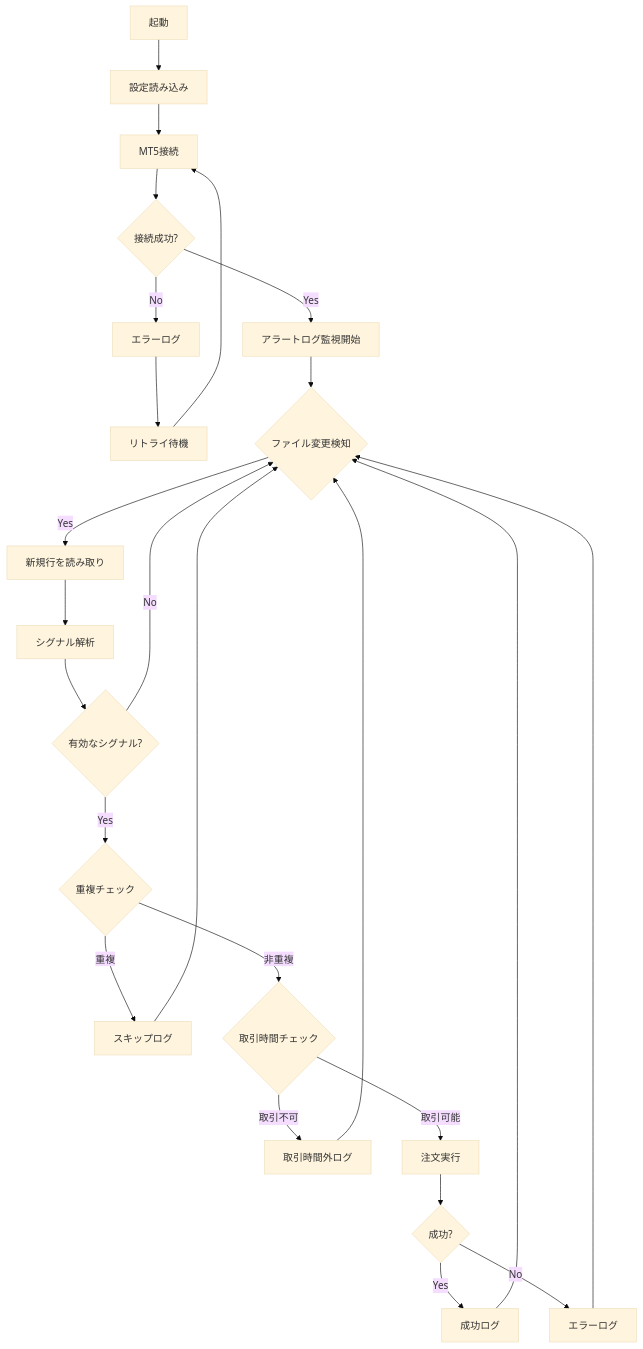
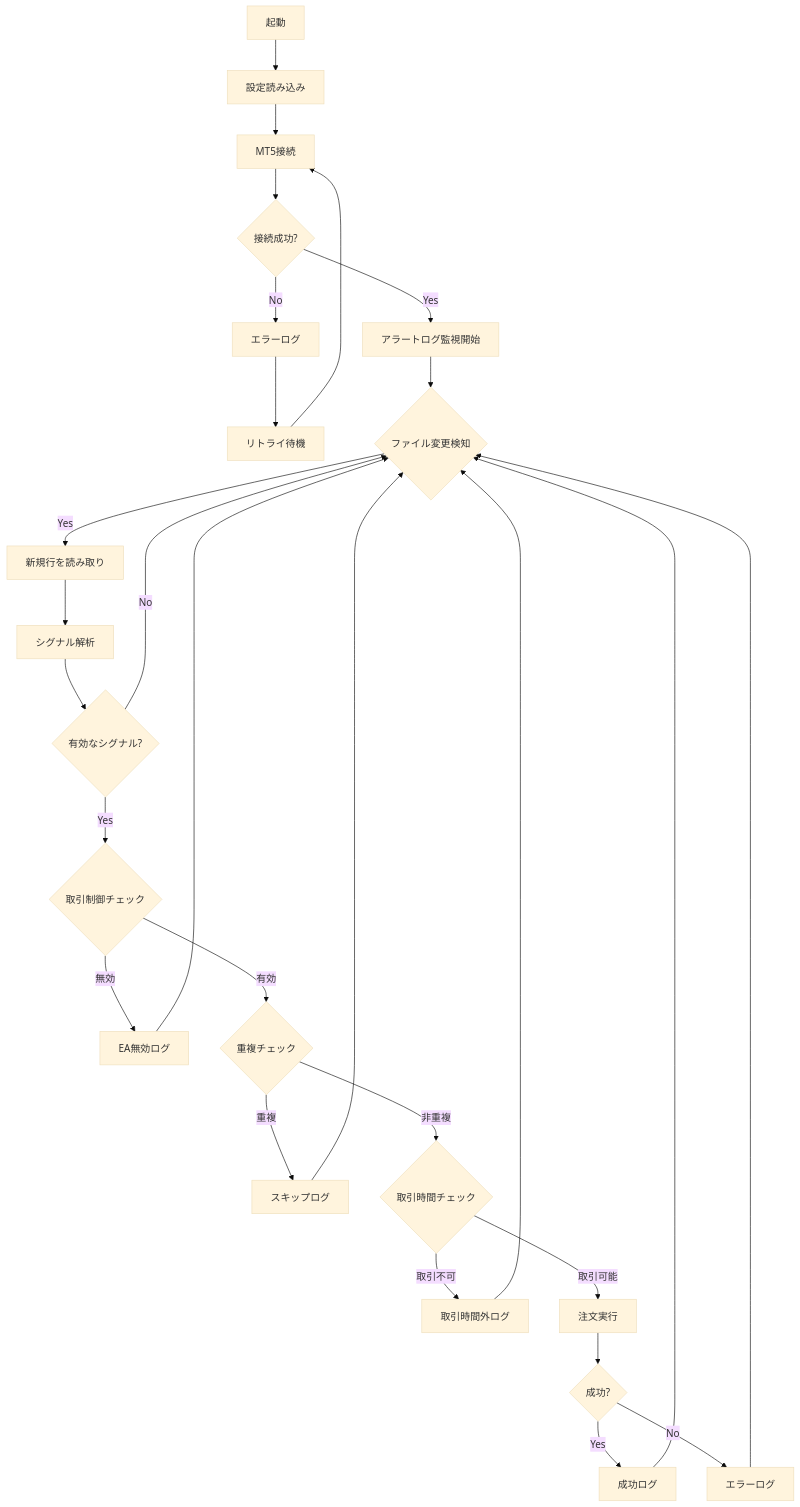
One commit to sutok/MonitoringIndicator changed the first of 2 diagrams in SPECIFICATION.md. Above: the diagram before and after it, drawn with Mermaid (base theme). The commit also changed other lines of this file and 8 other files, not shown here.

````diff
--- a/SPECIFICATION.md
+++ b/SPECIFICATION.md
@@ -227,27 +283,30 @@
 ```mermaid
 flowchart TD
     A[起動] --> B[設定読み込み]
     B --> C[MT5接続]
     C --> D{接続成功?}
     D -->|No| E[エラーログ]
     E --> F[リトライ待機]
     F --> C
     D -->|Yes| G[アラートログ監視開始]
     G --> H{ファイル変更検知}
     H -->|Yes| I[新規行を読み取り]
     I --> J[シグナル解析]
     J --> K{有効なシグナル?}
     K -->|No| H
-    K -->|Yes| L{重複チェック}
+    K -->|Yes| TC{取引制御チェック}
+    TC -->|無効| TCL[EA無効ログ]
+    TCL --> H
+    TC -->|有効| L{重複チェック}
     L -->|重複| M[スキップログ]
     M --> H
     L -->|非重複| N{取引時間チェック}
     N -->|取引不可| O[取引時間外ログ]
     O --> H
     N -->|取引可能| P[注文実行]
     P --> Q{成功?}
     Q -->|Yes| R[成功ログ]
     Q -->|No| S[エラーログ]
     R --> H
     S --> H
 ```
````
